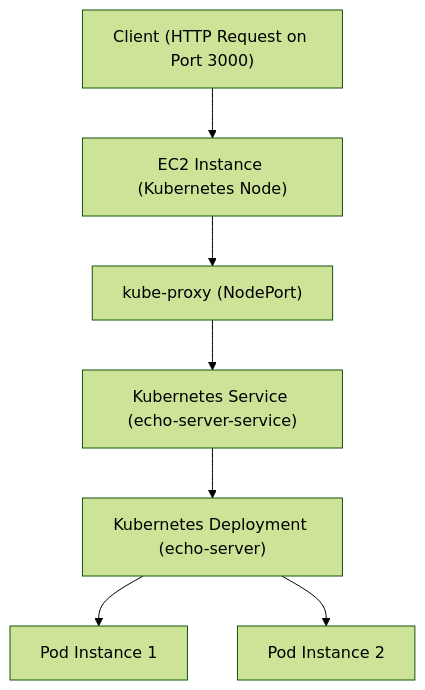
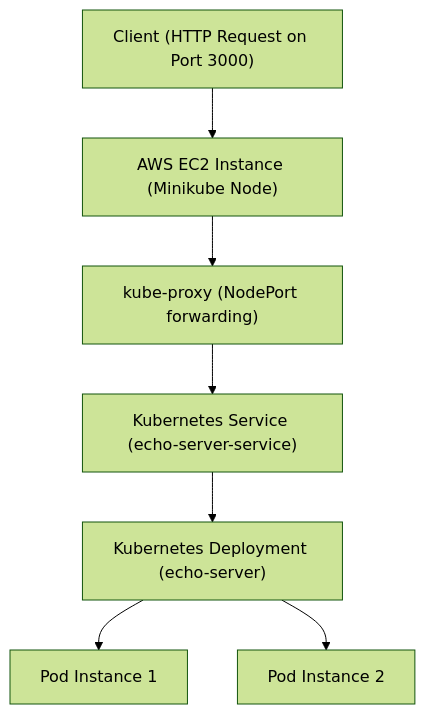
Before and after one commit to ilyas-elmi/Kubernetes: the diagram in README.md, drawn with Mermaid (forest theme).

````diff
--- a/README.md
+++ b/README.md
@@ -31,9 +31,9 @@
 ```mermaid
 flowchart TD
-    A["Client (HTTP Request on Port 3000)"] --> B["EC2 Instance (Kubernetes Node)"]
-    B --> C["kube-proxy (NodePort)"]
+    A["Client (HTTP Request on Port 3000)"] --> B["AWS EC2 Instance (Minikube Node)"]
+    B --> C["kube-proxy (NodePort forwarding)"]
     C --> D["Kubernetes Service (echo-server-service)"]
     D --> E["Kubernetes Deployment (echo-server)"]
     E --> F["Pod Instance 1"]
     E --> G["Pod Instance 2"]
  ```   
````
